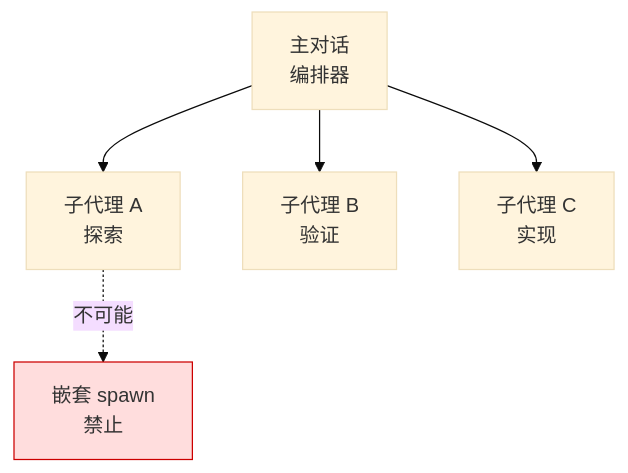
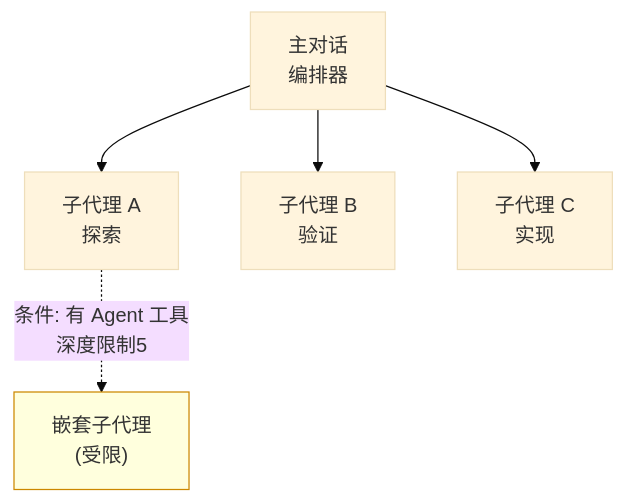
Before and after one commit to modu-ai/moai-adk: the diagram in docs-site/content/zh/claude-code/agentic/sub-agents.md, drawn with Mermaid (base theme). The commit also changed other lines of this file and 3 other files, not shown here.

````diff
--- a/docs-site/content/zh/claude-code/agentic/sub-agents.md
+++ b/docs-site/content/zh/claude-code/agentic/sub-agents.md
@@ -41,8 +58,8 @@
 ```mermaid
 flowchart TD
     M[主对话<br/>编排器] --> A[子代理 A<br/>探索]
     M --> B[子代理 B<br/>验证]
     M --> C[子代理 C<br/>实现]
-    A -.->|不可能| X[嵌套 spawn<br/>禁止]
-    style X fill:#fdd,stroke:#c00
+    A -.->|条件: 有 Agent 工具<br/>深度限制5| X["嵌套子代理<br/>(受限)"]
+    style X fill:#ffd,stroke:#c80
 ```
````
